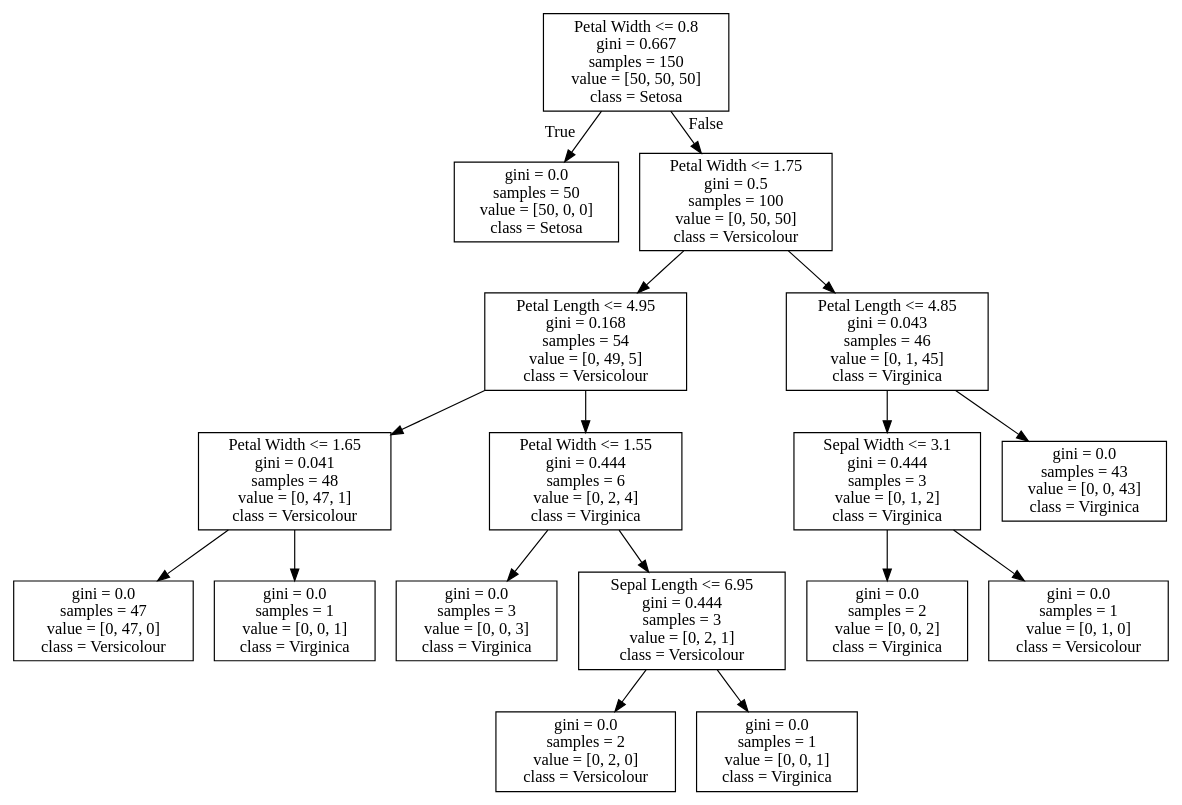
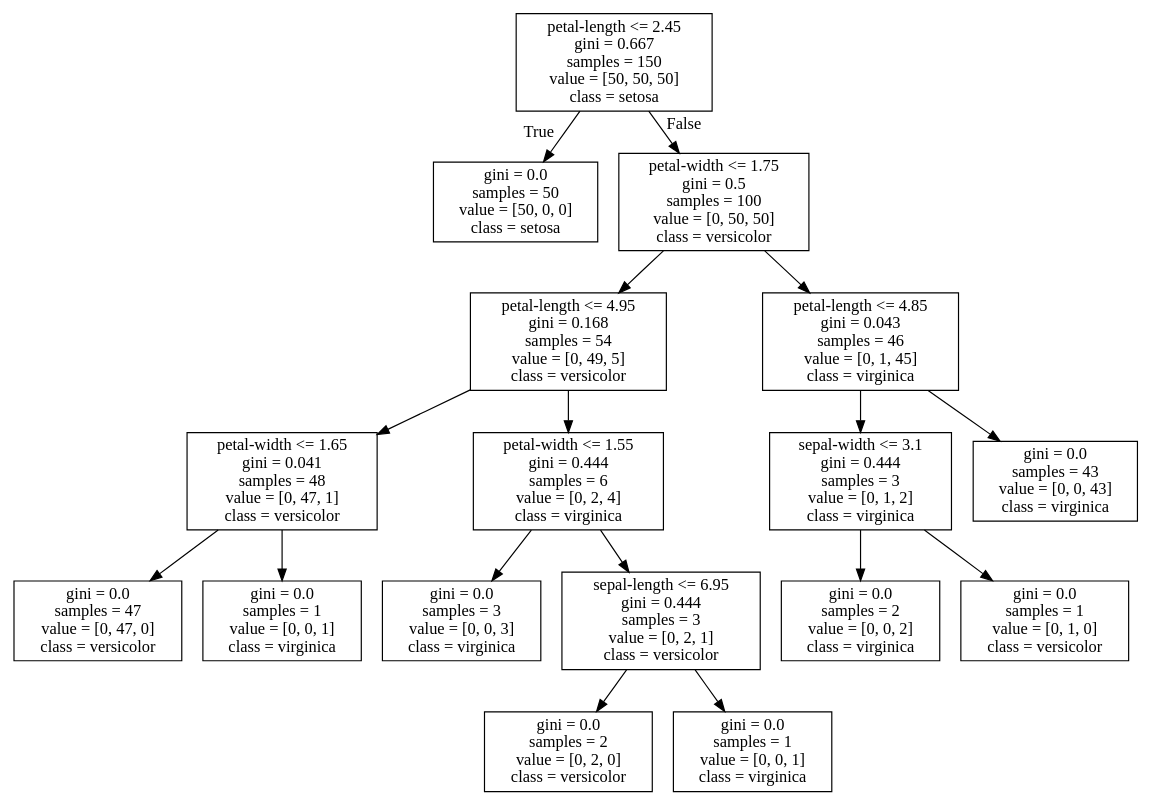
One commit to josiahcoad/MachineLearningTutoring changed the diagram in iris_tree.dot. Above: the diagram before and after it, drawn with Graphviz. The commit also changed 5 other files, not shown here.

```diff
--- a/iris_tree.dot
+++ b/iris_tree.dot
@@ -1,36 +1,36 @@
 digraph Tree {
 node [shape=box] ;
-0 [label="Petal Width <= 0.8\ngini = 0.667\nsamples = 150\nvalue = [50, 50, 50]\nclass = Setosa"] ;
-1 [label="gini = 0.0\nsamples = 50\nvalue = [50, 0, 0]\nclass = Setosa"] ;
+0 [label="petal-length <= 2.45\ngini = 0.667\nsamples = 150\nvalue = [50, 50, 50]\nclass = setosa"] ;
+1 [label="gini = 0.0\nsamples = 50\nvalue = [50, 0, 0]\nclass = setosa"] ;
 0 -> 1 [labeldistance=2.5, labelangle=45, headlabel="True"] ;
-2 [label="Petal Width <= 1.75\ngini = 0.5\nsamples = 100\nvalue = [0, 50, 50]\nclass = Versicolour"] ;
+2 [label="petal-width <= 1.75\ngini = 0.5\nsamples = 100\nvalue = [0, 50, 50]\nclass = versicolor"] ;
 0 -> 2 [labeldistance=2.5, labelangle=-45, headlabel="False"] ;
-3 [label="Petal Length <= 4.95\ngini = 0.168\nsamples = 54\nvalue = [0, 49, 5]\nclass = Versicolour"] ;
+3 [label="petal-length <= 4.95\ngini = 0.168\nsamples = 54\nvalue = [0, 49, 5]\nclass = versicolor"] ;
 2 -> 3 ;
-4 [label="Petal Width <= 1.65\ngini = 0.041\nsamples = 48\nvalue = [0, 47, 1]\nclass = Versicolour"] ;
+4 [label="petal-width <= 1.65\ngini = 0.041\nsamples = 48\nvalue = [0, 47, 1]\nclass = versicolor"] ;
 3 -> 4 ;
-5 [label="gini = 0.0\nsamples = 47\nvalue = [0, 47, 0]\nclass = Versicolour"] ;
+5 [label="gini = 0.0\nsamples = 47\nvalue = [0, 47, 0]\nclass = versicolor"] ;
 4 -> 5 ;
-6 [label="gini = 0.0\nsamples = 1\nvalue = [0, 0, 1]\nclass = Virginica"] ;
+6 [label="gini = 0.0\nsamples = 1\nvalue = [0, 0, 1]\nclass = virginica"] ;
 4 -> 6 ;
-7 [label="Petal Width <= 1.55\ngini = 0.444\nsamples = 6\nvalue = [0, 2, 4]\nclass = Virginica"] ;
+7 [label="petal-width <= 1.55\ngini = 0.444\nsamples = 6\nvalue = [0, 2, 4]\nclass = virginica"] ;
 3 -> 7 ;
-8 [label="gini = 0.0\nsamples = 3\nvalue = [0, 0, 3]\nclass = Virginica"] ;
+8 [label="gini = 0.0\nsamples = 3\nvalue = [0, 0, 3]\nclass = virginica"] ;
 7 -> 8 ;
-9 [label="Sepal Length <= 6.95\ngini = 0.444\nsamples = 3\nvalue = [0, 2, 1]\nclass = Versicolour"] ;
+9 [label="sepal-length <= 6.95\ngini = 0.444\nsamples = 3\nvalue = [0, 2, 1]\nclass = versicolor"] ;
 7 -> 9 ;
-10 [label="gini = 0.0\nsamples = 2\nvalue = [0, 2, 0]\nclass = Versicolour"] ;
+10 [label="gini = 0.0\nsamples = 2\nvalue = [0, 2, 0]\nclass = versicolor"] ;
 9 -> 10 ;
-11 [label="gini = 0.0\nsamples = 1\nvalue = [0, 0, 1]\nclass = Virginica"] ;
+11 [label="gini = 0.0\nsamples = 1\nvalue = [0, 0, 1]\nclass = virginica"] ;
 9 -> 11 ;
-12 [label="Petal Length <= 4.85\ngini = 0.043\nsamples = 46\nvalue = [0, 1, 45]\nclass = Virginica"] ;
+12 [label="petal-length <= 4.85\ngini = 0.043\nsamples = 46\nvalue = [0, 1, 45]\nclass = virginica"] ;
 2 -> 12 ;
-13 [label="Sepal Width <= 3.1\ngini = 0.444\nsamples = 3\nvalue = [0, 1, 2]\nclass = Virginica"] ;
+13 [label="sepal-width <= 3.1\ngini = 0.444\nsamples = 3\nvalue = [0, 1, 2]\nclass = virginica"] ;
 12 -> 13 ;
-14 [label="gini = 0.0\nsamples = 2\nvalue = [0, 0, 2]\nclass = Virginica"] ;
+14 [label="gini = 0.0\nsamples = 2\nvalue = [0, 0, 2]\nclass = virginica"] ;
 13 -> 14 ;
-15 [label="gini = 0.0\nsamples = 1\nvalue = [0, 1, 0]\nclass = Versicolour"] ;
+15 [label="gini = 0.0\nsamples = 1\nvalue = [0, 1, 0]\nclass = versicolor"] ;
 13 -> 15 ;
-16 [label="gini = 0.0\nsamples = 43\nvalue = [0, 0, 43]\nclass = Virginica"] ;
+16 [label="gini = 0.0\nsamples = 43\nvalue = [0, 0, 43]\nclass = virginica"] ;
 12 -> 16 ;
 }
```
